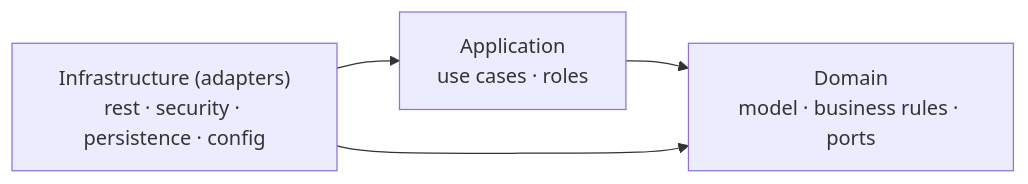
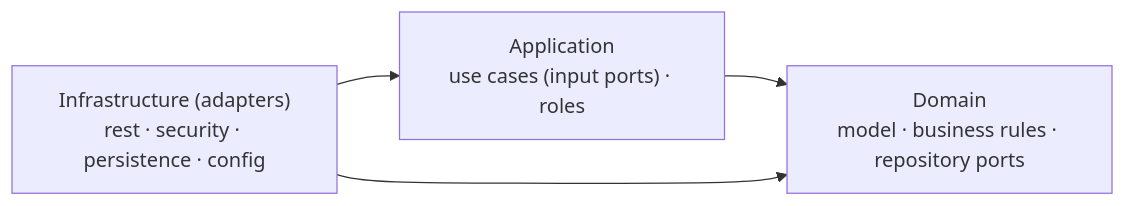
Before and after one commit to jdavidlopez726/prices-technical-test: the diagram in README.md, drawn with Mermaid. The commit also changed other lines of this file, not shown here.

````diff
--- a/README.md
+++ b/README.md
@@ -119,8 +123,8 @@
 ```mermaid
 flowchart LR
     infrastructure["Infrastructure (adapters)<br/>rest · security · persistence · config"]
-    application["Application<br/>use cases · roles"]
-    domain["Domain<br/>model · business rules · ports"]
+    application["Application<br/>use cases (input ports) · roles"]
+    domain["Domain<br/>model · business rules · repository ports"]
     infrastructure --> application --> domain
     infrastructure --> domain
 ```
````
